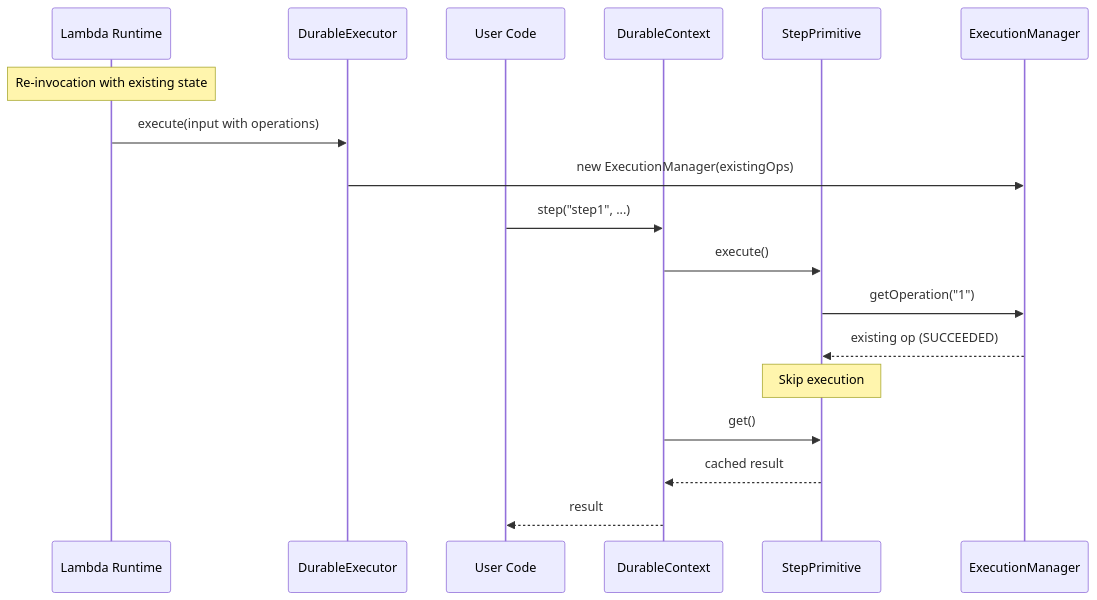
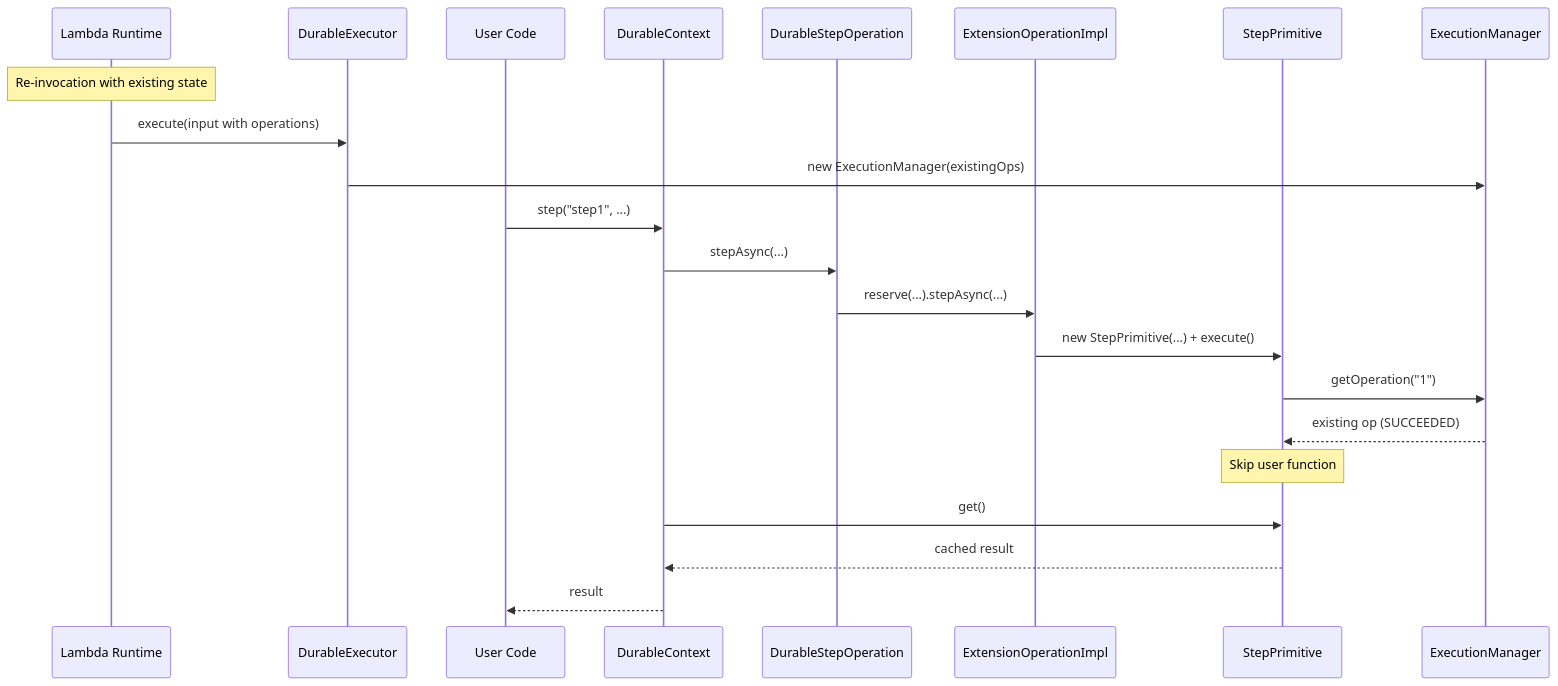
Before and after one commit to aws/aws-durable-execution-sdk-java: the second of 3 diagrams in docs/design.md, drawn with Mermaid. The commit also changed other lines of this file and 64 other files, not shown here.

Commit message:
fix: preserve extension operation compatibility

````diff
--- a/docs/design.md
+++ b/docs/design.md
@@ -430,23 +441,27 @@
 ```mermaid
 sequenceDiagram
     participant LR as Lambda Runtime
     participant DE as DurableExecutor
     participant UC as User Code
     participant DC as DurableContext
-    participant SO as StepPrimitive
+    participant DSO as DurableStepOperation
+    participant EO as ExtensionOperationImpl
+    participant SP as StepPrimitive
     participant EM as ExecutionManager
 
     Note over LR: Re-invocation with existing state
     
     LR->>DE: execute(input with operations)
     DE->>EM: new ExecutionManager(existingOps)
     
     UC->>DC: step("step1", ...)
-    DC->>SO: execute()
-    SO->>EM: getOperation("1")
-    EM-->>SO: existing op (SUCCEEDED)
-    Note over SO: Skip execution
-    DC->>SO: get()
-    SO-->>DC: cached result
+    DC->>DSO: stepAsync(...)
+    DSO->>EO: reserve(...).stepAsync(...)
+    EO->>SP: new StepPrimitive(...) + execute()
+    SP->>EM: getOperation("1")
+    EM-->>SP: existing op (SUCCEEDED)
+    Note over SP: Skip user function
+    DC->>SP: get()
+    SP-->>DC: cached result
     DC-->>UC: result
 ```
````
